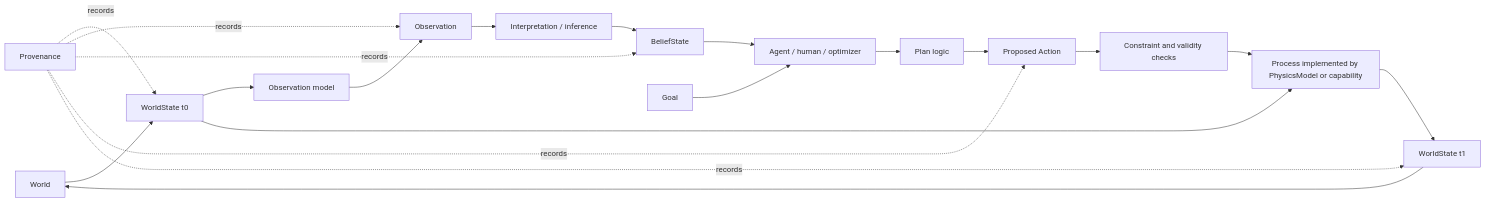
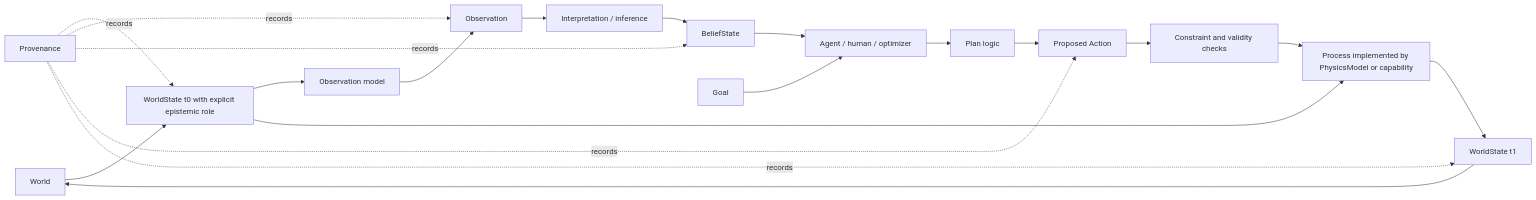
Before and after one commit to scifiss/geoworld-open: the first of 2 diagrams in docs/world-kernel-gate-1.md, drawn with Mermaid. The commit also changed other lines of this file, not shown here.

Commit message:
Finalize Gate 1 world-kernel decisions

````diff
--- a/docs/world-kernel-gate-1.md
+++ b/docs/world-kernel-gate-1.md
@@ -66,22 +72,22 @@
 ```mermaid
 flowchart LR
-    W[World] --> WS[WorldState t0]
+    W[World] --> WS[WorldState t0 with explicit epistemic role]
     WS --> OM[Observation model]
     OM --> O[Observation]
     O --> IN[Interpretation / inference]
     IN --> BS[BeliefState]
     BS --> AG[Agent / human / optimizer]
     G[Goal] --> AG
     AG --> PL[Plan logic]
     PL --> A[Proposed Action]
     A --> AV[Constraint and validity checks]
     AV --> PR[Process implemented by PhysicsModel or capability]
     WS --> PR
     PR --> NS[WorldState t1]
     NS --> W
     PV[Provenance] -. records .-> WS
     PV -. records .-> O
     PV -. records .-> BS
     PV -. records .-> A
     PV -. records .-> NS
 ```
````
